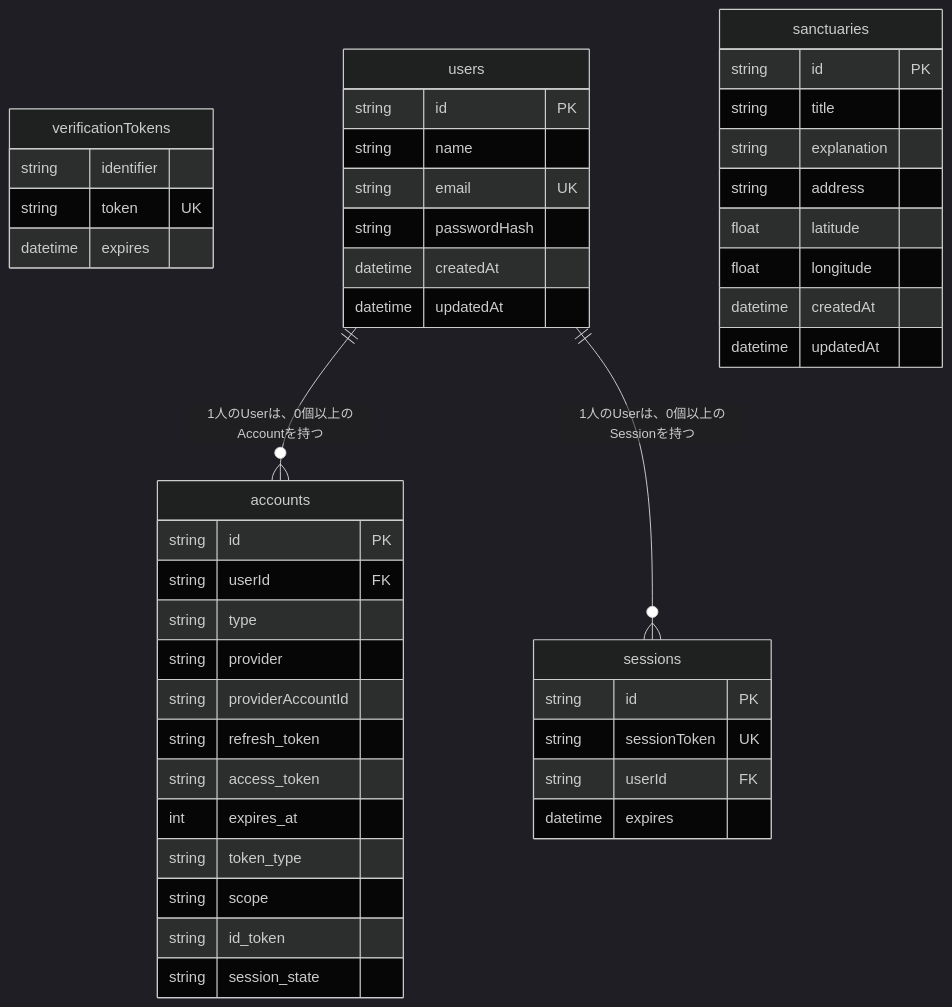
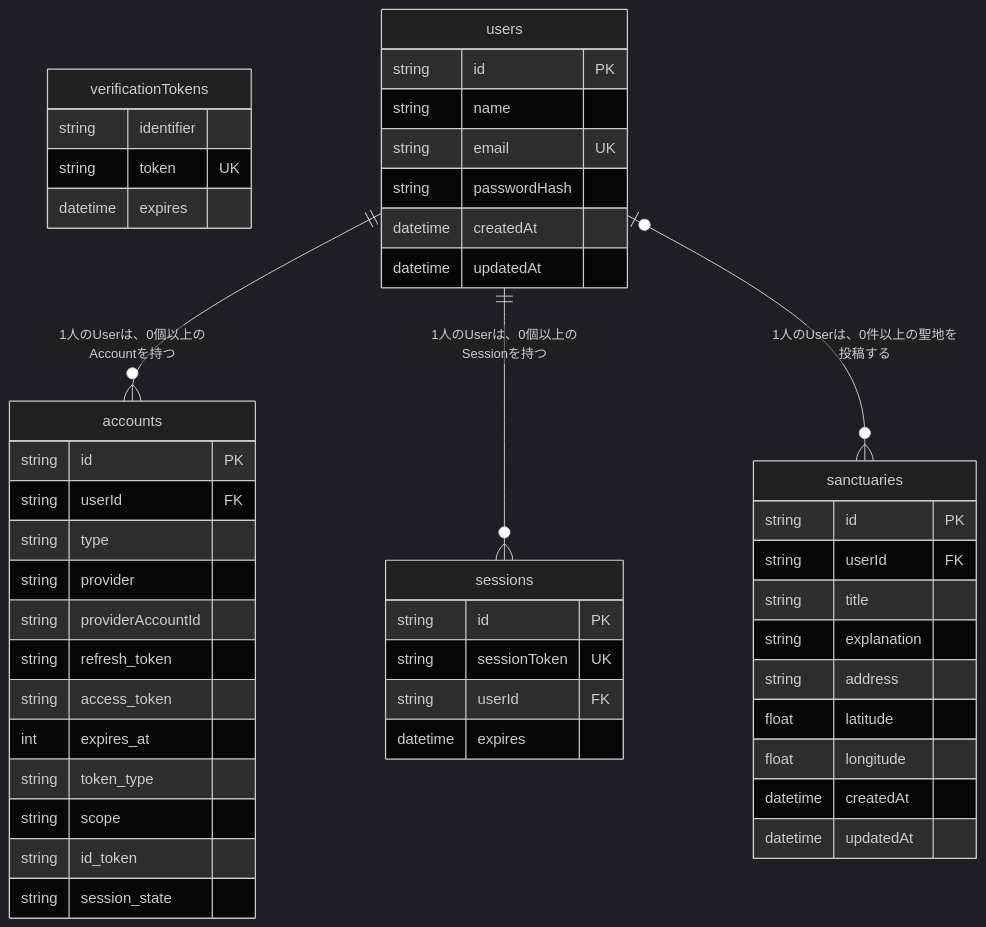
One commit to akanesi05/snowmap changed the diagram in README.md. Above: the diagram before and after it, drawn with Mermaid (dark theme). The commit also changed other lines of this file, not shown here.

````diff
--- a/README.md
+++ b/README.md
@@ -200,53 +147,55 @@
 ```mermaid
 erDiagram
     accounts {
         string id PK
         string userId FK
         string type
         string provider  
         string providerAccountId  
         string   refresh_token      
         string   access_token      
         int   expires_at  
         string  token_type    
         string  scope        
         string id_token      
         string session_state 
               }
     
     sessions { 
          string id PK 
          string sessionToken UK 
          string userId FK 
          datetime expires 
         }
   
     verificationTokens {
          string identifier 
          string token  UK
          datetime expires
         }
 
     users {
         string id PK
         string name
         string email UK
         string passwordHash
         datetime createdAt
         datetime updatedAt
     }
 
     sanctuaries {
         string id PK
+        string userId FK
         string title
         string explanation
         string address
         float latitude
         float longitude
         datetime createdAt
         datetime updatedAt
     }
   
   users ||--o{ accounts : "1人のUserは、0個以上のAccountを持つ"
   users ||--o{ sessions : "1人のUserは、0個以上のSessionを持つ"
+  users o|--o{ sanctuaries : "1人のUserは、0件以上の聖地を投稿する"
 ```
````
